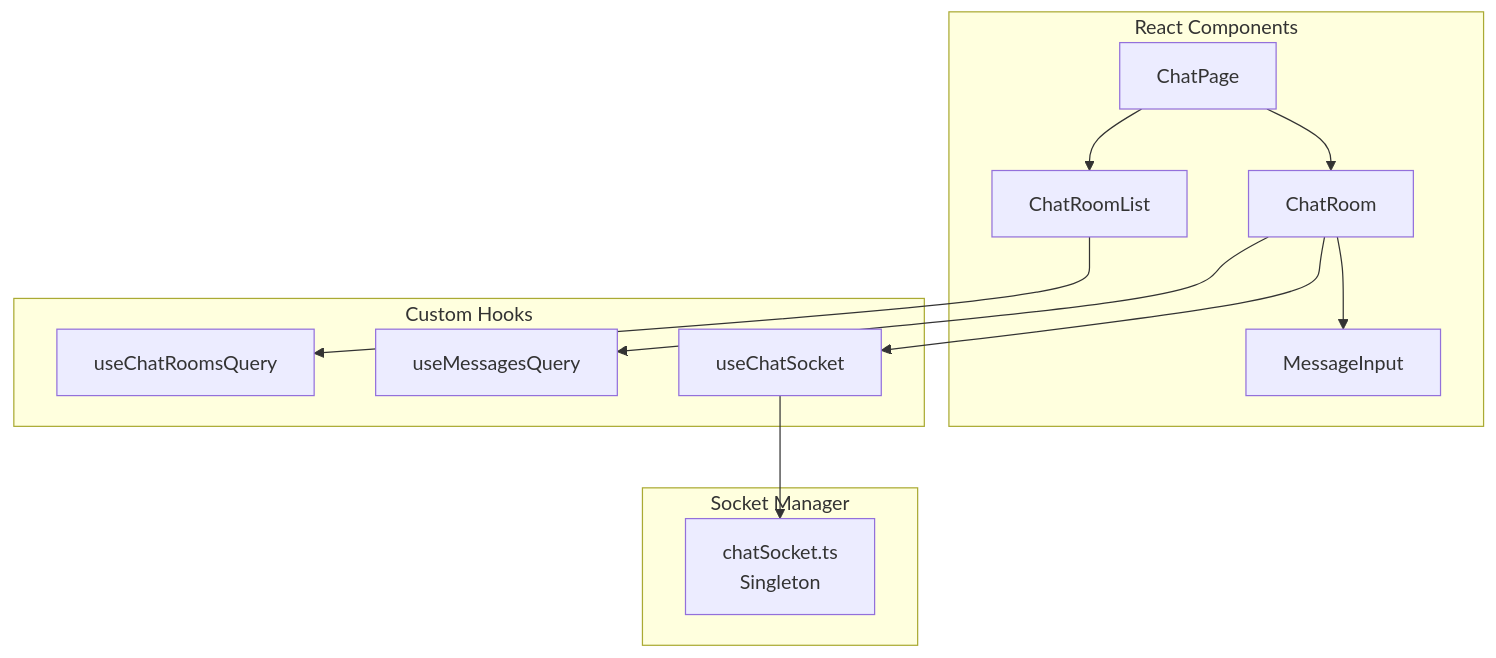
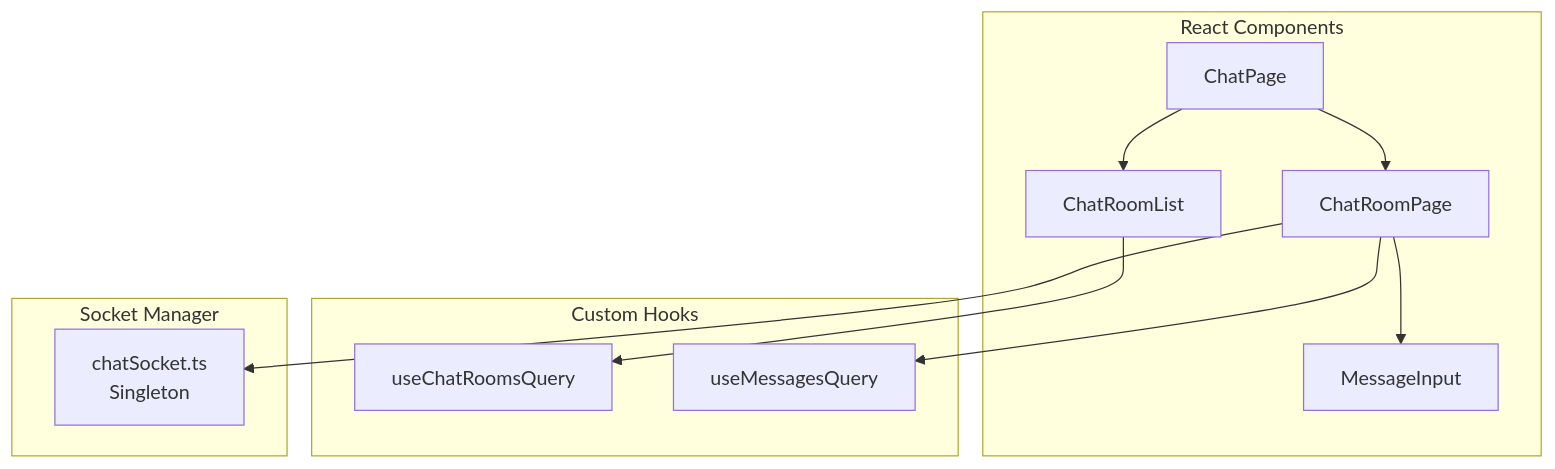
Before and after one commit to uniyous/parkgolf-platform: diagram 22 of 28 in docs/CHAT_WORKFLOW.md, drawn with Mermaid. The commit also changed other lines of this file, not shown here.

Commit message:
docs(chat): CHAT_WORKFLOW.md 멀티 레플리카 아키텍처 반영 최신화

````diff
--- a/docs/CHAT_WORKFLOW.md
+++ b/docs/CHAT_WORKFLOW.md
@@ -621,25 +770,24 @@
 ```mermaid
 flowchart TB
     subgraph Components["React Components"]
         PAGE[ChatPage]
         LIST[ChatRoomList]
-        ROOM[ChatRoom]
+        ROOM[ChatRoomPage]
         INPUT[MessageInput]
     end
 
     subgraph Hooks["Custom Hooks"]
         QUERY[useChatRoomsQuery]
         MSG[useMessagesQuery]
-        SOCKET[useChatSocket]
     end
 
     subgraph Socket["Socket Manager"]
         SM[chatSocket.ts<br/>Singleton]
     end
 
     PAGE --> LIST & ROOM
     ROOM --> INPUT
     LIST --> QUERY
-    ROOM --> MSG & SOCKET
-    SOCKET --> SM
+    ROOM --> MSG
+    ROOM --> SM
 ```
````
